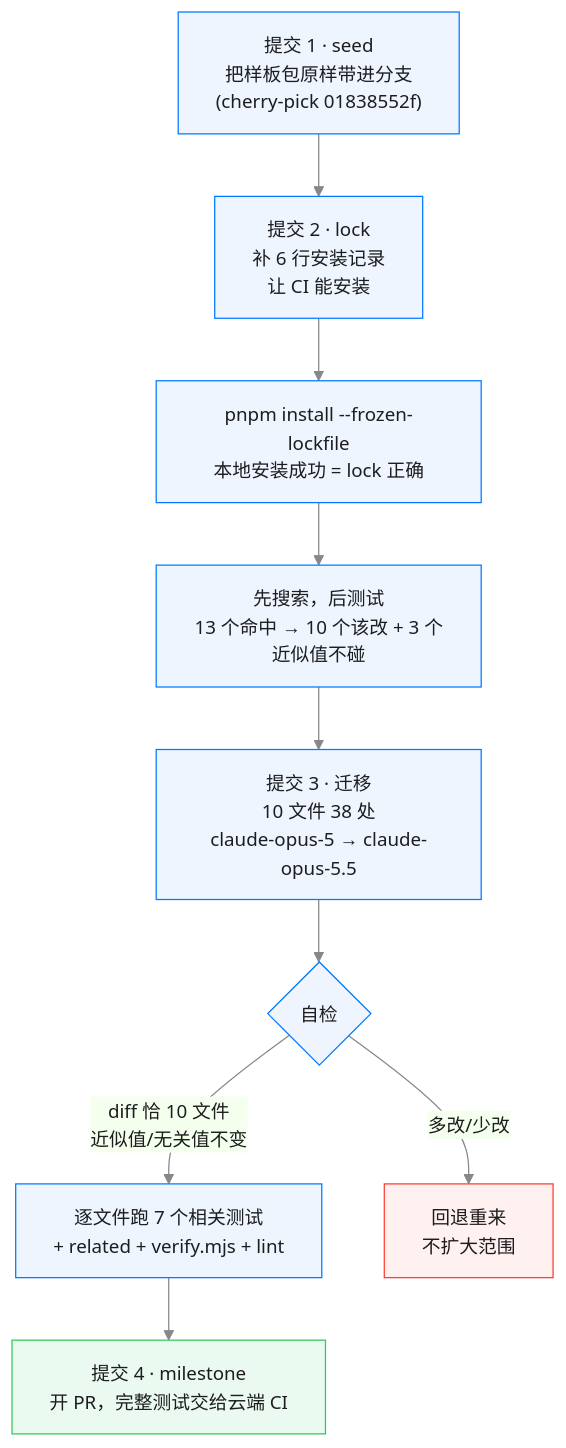
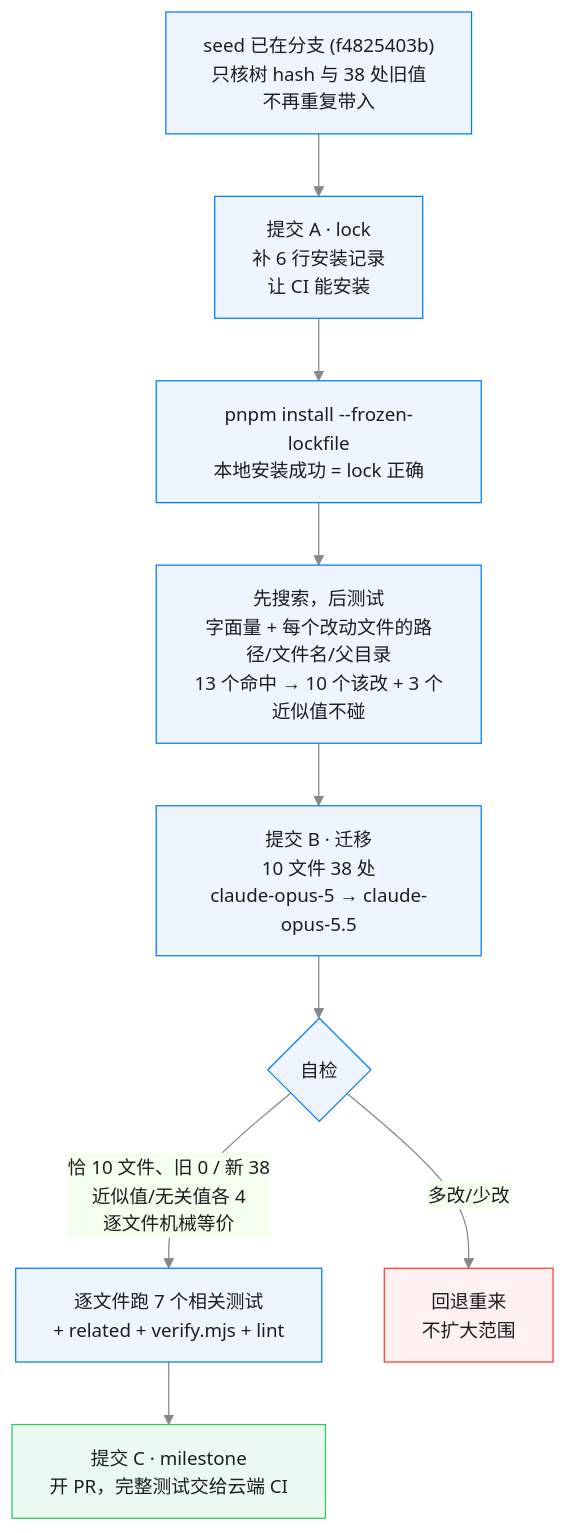
The diagram in engineering/doc/FLY-2825-literal-migration-cell-b/flow.mmd (xrliAnnie/flywheel-qa-sandbox), drawn with Mermaid before and after one commit. The commit also changed 2 other files, not shown here.

Commit message:
docs(FLY-2825): refresh founder HTML and flow diagram after design-review R1

```diff
--- a/engineering/doc/FLY-2825-literal-migration-cell-b/flow.mmd
+++ b/engineering/doc/FLY-2825-literal-migration-cell-b/flow.mmd
@@ -1,12 +1,12 @@
 %%{init: {'theme':'base','themeVariables':{'fontFamily':'system-ui','primaryColor':'#eef5ff','primaryTextColor':'#1d1d1f','primaryBorderColor':'#007aff','lineColor':'#86868b','fontSize':'15px'}}}%%
 flowchart TB
-    A["提交 1 · seed<br/>把样板包原样带进分支<br/>(cherry-pick 01838552f)"] --> B["提交 2 · lock<br/>补 6 行安装记录<br/>让 CI 能安装"]
+    A["seed 已在分支 (f4825403b)<br/>只核树 hash 与 38 处旧值<br/>不再重复带入"] --> B["提交 A · lock<br/>补 6 行安装记录<br/>让 CI 能安装"]
     B --> C["pnpm install --frozen-lockfile<br/>本地安装成功 = lock 正确"]
-    C --> D["先搜索，后测试<br/>13 个命中 → 10 个该改 + 3 个近似值不碰"]
-    D --> E["提交 3 · 迁移<br/>10 文件 38 处<br/>claude-opus-5 → claude-opus-5.5"]
+    C --> D["先搜索，后测试<br/>字面量 + 每个改动文件的路径/文件名/父目录<br/>13 个命中 → 10 个该改 + 3 个近似值不碰"]
+    D --> E["提交 B · 迁移<br/>10 文件 38 处<br/>claude-opus-5 → claude-opus-5.5"]
     E --> F{"自检"}
-    F -->|"diff 恰 10 文件<br/>近似值/无关值不变"| G["逐文件跑 7 个相关测试<br/>+ related + verify.mjs + lint"]
+    F -->|"恰 10 文件、旧 0 / 新 38<br/>近似值/无关值各 4<br/>逐文件机械等价"| G["逐文件跑 7 个相关测试<br/>+ related + verify.mjs + lint"]
     F -->|"多改/少改"| X["回退重来<br/>不扩大范围"]
-    G --> H["提交 4 · milestone<br/>开 PR，完整测试交给云端 CI"]
+    G --> H["提交 C · milestone<br/>开 PR，完整测试交给云端 CI"]
     style X fill:#fff1f0,stroke:#ff3b30
     style H fill:#eafaf0,stroke:#34c759
```
